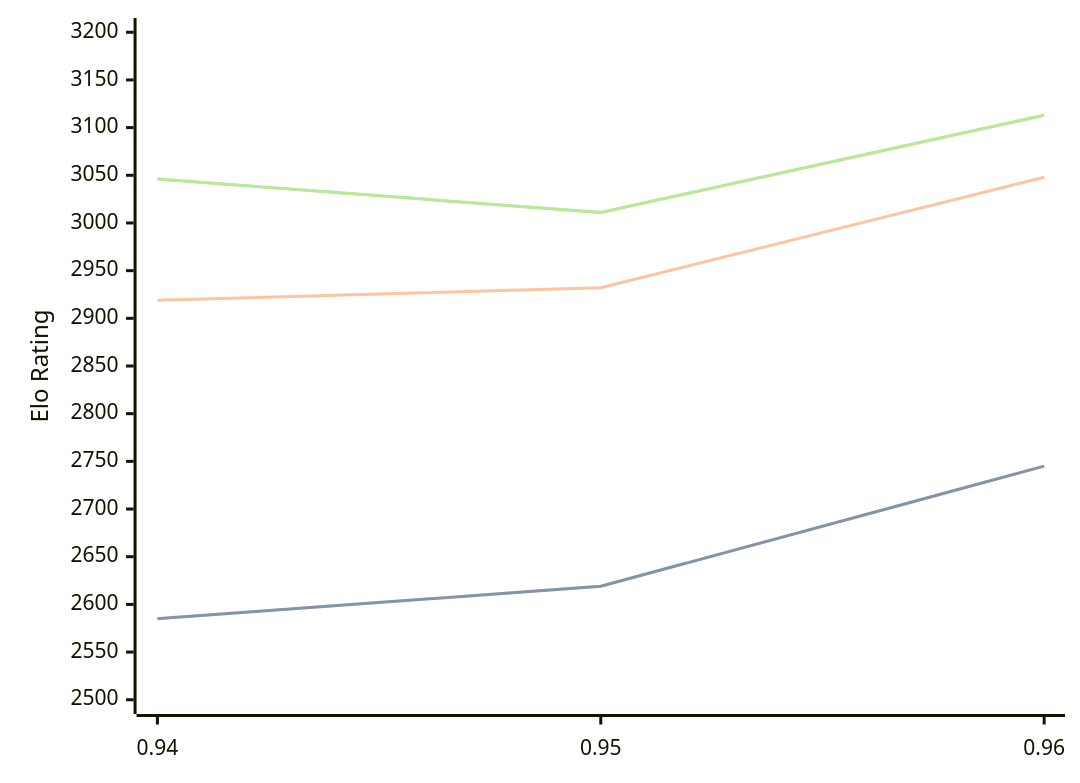
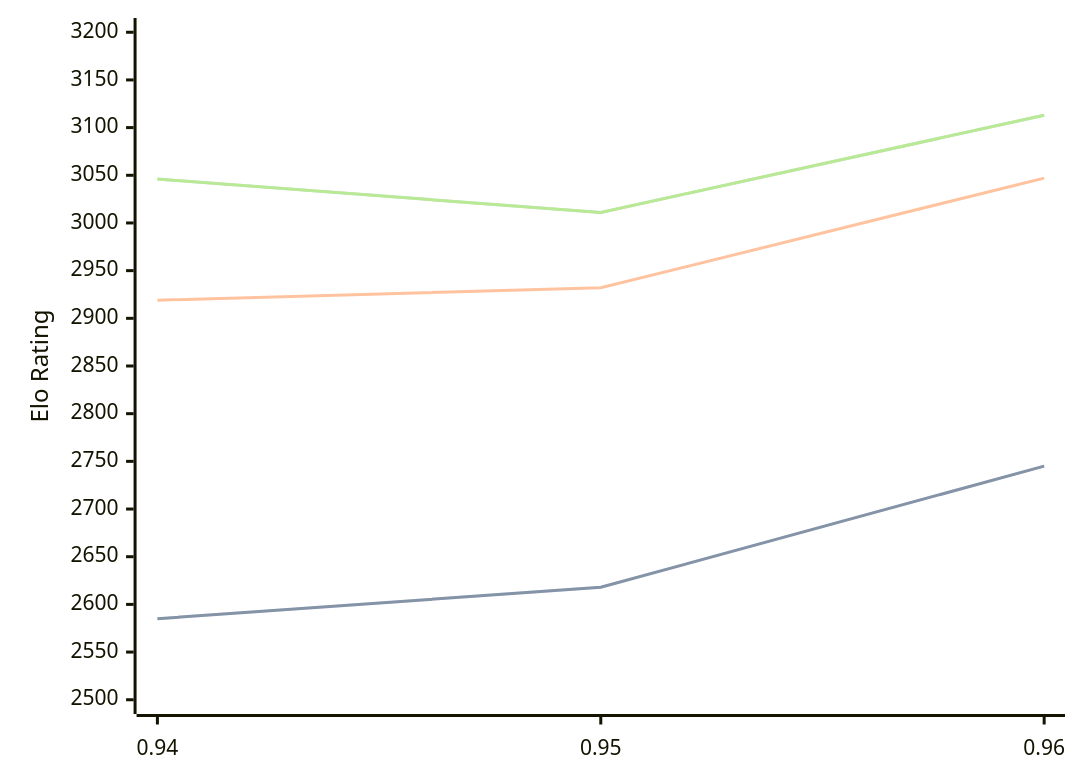
Before and after one commit to computer-chess-index/cci: the third of 3 diagrams in engines/Myrddin.md, drawn with Mermaid. The commit also changed other lines of this file, not shown here.

````diff
--- a/engines/Myrddin.md
+++ b/engines/Myrddin.md
@@ -71,11 +71,11 @@
 ```mermaid
 %%{init: {"theme":"base","themeVariables":{"seriesColors:['#a3a3a3','#222221','#faa371']}}}%%
 xychart-beta
   x-axis ["0.94", "0.95", "0.96"]
   y-axis "Elo Rating" 2500 --> 3200
-  line "STC (8.0+0.08s)" [2585, 2619, 2745]
-  line "STC (8.0+0.08s)" [2585, 2619, 2745]
-  line "LTC (60.0+0.60s)" [2919, 2932, 3048]
+  line "STC (8.0+0.08s)" [2585, 2618, 2745]
+  line "STC (8.0+0.08s)" [2585, 2618, 2745]
+  line "LTC (60.0+0.60s)" [2919, 2932, 3047]
   line "VLTC (2m24s+1.12s)" [3046, 3011, 3113]
   line "VLTC (2m24s+1.12s)" [3046, 3011, 3113]
 ```
````
